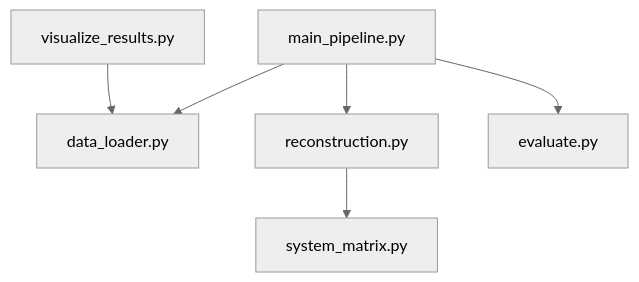
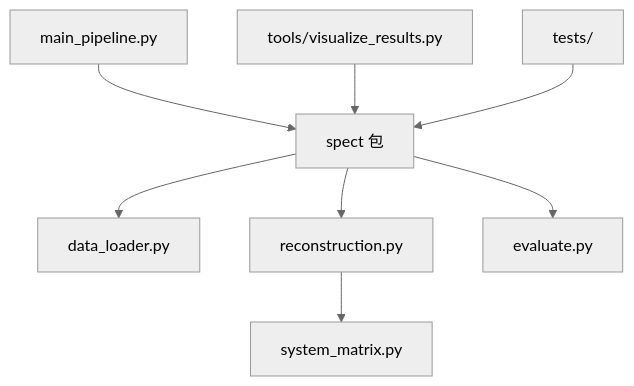
One commit to changxiaoyangbrain/SPECT changed the diagram in README.md. Above: the diagram before and after it, drawn with Mermaid (neutral theme). The commit also changed other lines of this file and 70 other files, not shown here.

````diff
--- a/README.md
+++ b/README.md
@@ -75,8 +171,10 @@
 ```mermaid
 graph TD
-    Main[main_pipeline.py] --> Loader[data_loader.py]
-    Main --> Recon[reconstruction.py]
-    Main --> Eval[evaluate.py]
+    Main[main_pipeline.py] --> Spect[spect 包]
+    Spect --> Loader[data_loader.py]
+    Spect --> Recon[reconstruction.py]
+    Spect --> Eval[evaluate.py]
     Recon --> SysMat[system_matrix.py]
-    Visualize[visualize_results.py] --> Loader
+    Visualize[tools/visualize_results.py] --> Spect
+    Tests[tests/] --> Spect
 ```
````
